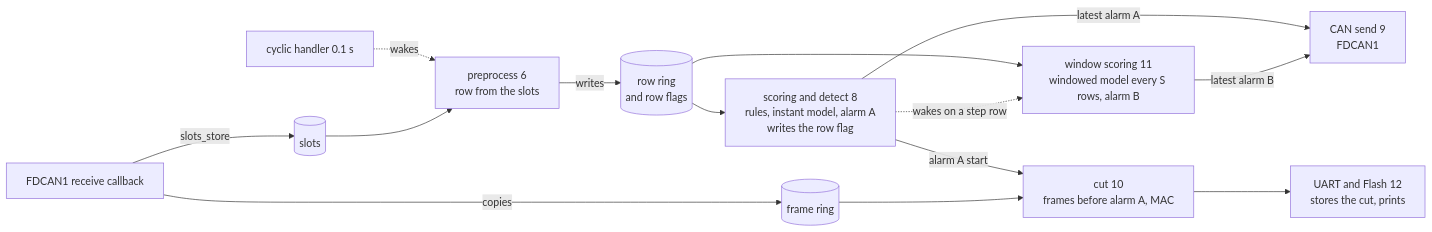
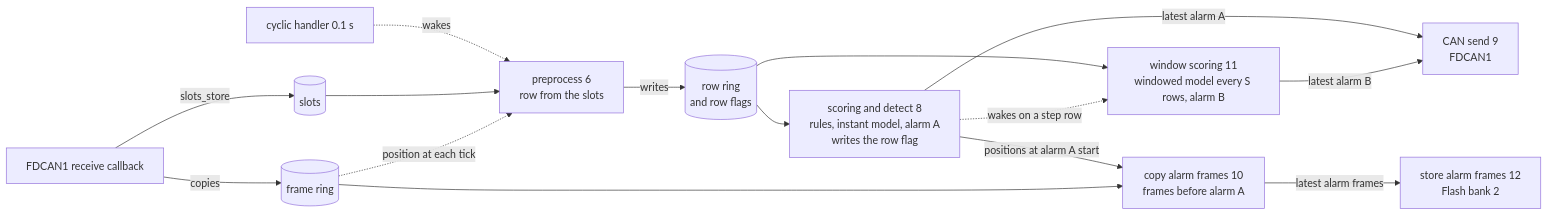
Before and after one commit to asana17/ai_can_anomaly_detection: the diagram in board/docs/goal_window.md, drawn with Mermaid. The commit also changed other lines of this file and 2 other files, not shown here.

Commit message:
docs(board): describe the alarm frames the board writes to Flash

````diff
--- a/board/docs/goal_window.md
+++ b/board/docs/goal_window.md
@@ -87,16 +88,17 @@
 ```mermaid
 flowchart LR
     irq["FDCAN1 receive callback"] -- slots_store --> slots[(slots)]
     irq -- copies --> frames[(frame ring)]
     tick[cyclic handler 0.1 s] -. wakes .-> pre
     slots --> pre["preprocess 6<br/>row from the slots"]
+    frames -. position at each tick .-> pre
     pre -- writes --> ring[(row ring<br/>and row flags)]
     ring --> sd["scoring and detect 8<br/>rules, instant model, alarm A<br/>writes the row flag"]
     ring --> win["window scoring 11<br/>windowed model every S rows, alarm B"]
     sd -. wakes on a step row .-> win
     sd -- latest alarm A --> can["CAN send 9<br/>FDCAN1"]
     win -- latest alarm B --> can
-    sd -- alarm A start --> cut["cut 10<br/>frames before alarm A, MAC"]
-    frames --> cut
-    cut --> out["UART and Flash 12<br/>stores the cut, prints"]
+    sd -- positions at alarm A start --> copy["copy alarm frames 10<br/>frames before alarm A"]
+    frames --> copy
+    copy -- latest alarm frames --> store["store alarm frames 12<br/>Flash bank 2"]
 ```
````
